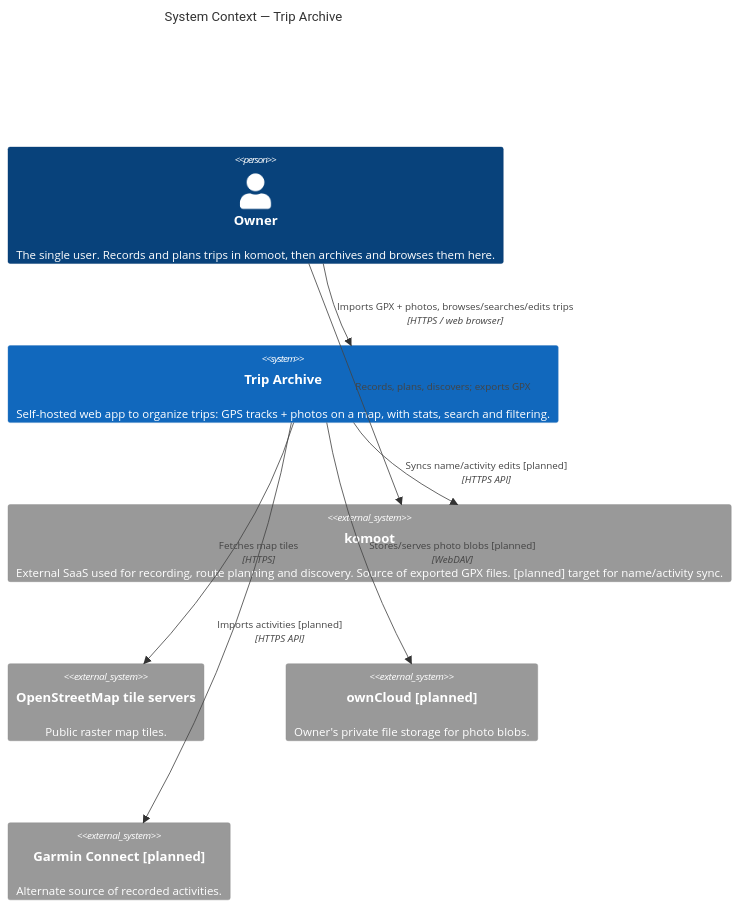
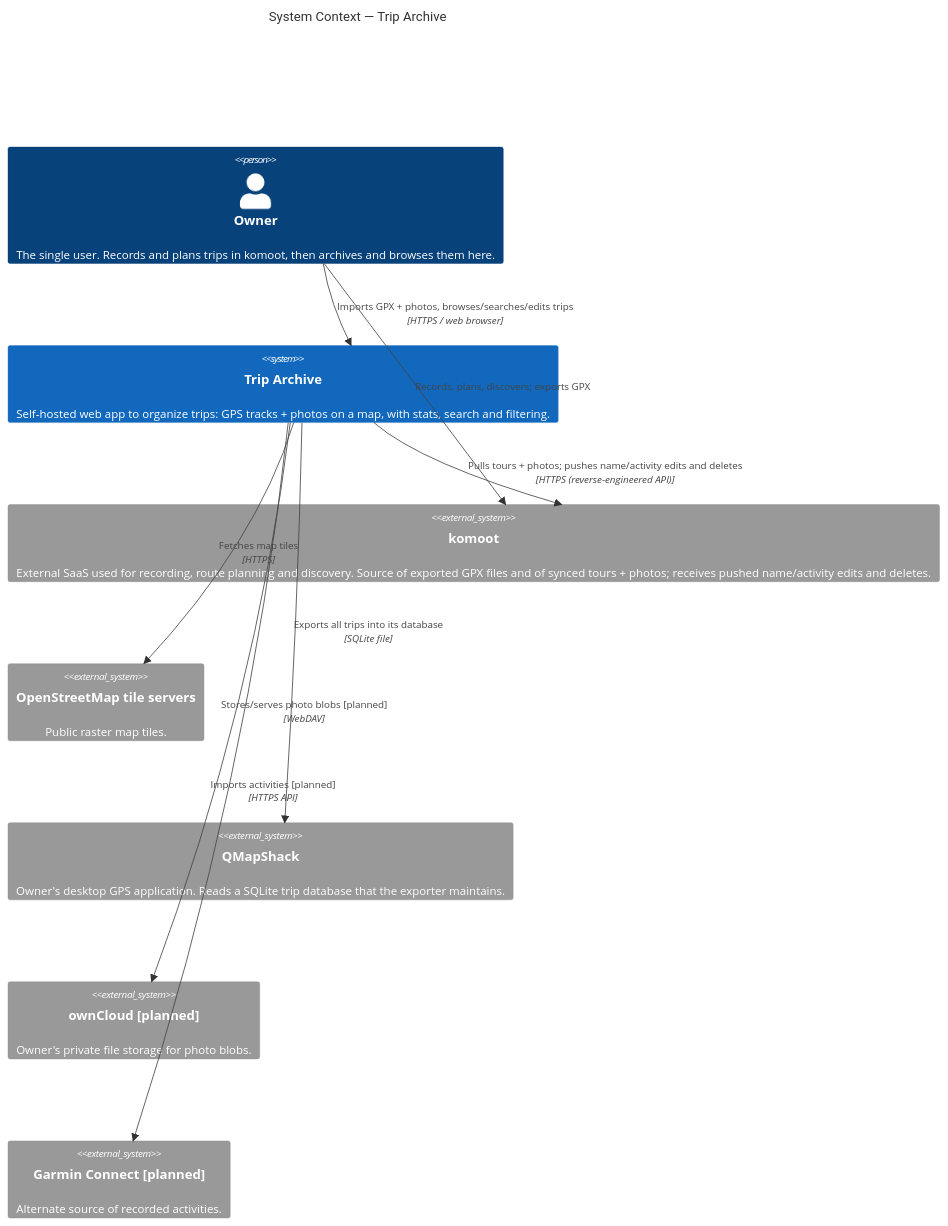
Before and after one commit to andreasholzner/gps-trips: the first of 4 diagrams in docs/architecture.md, drawn with Mermaid. The commit also changed other lines of this file and 6 other files, not shown here.

Commit message:
Fix findings from an architecture review

````diff
--- a/docs/architecture.md
+++ b/docs/architecture.md
@@ -19,22 +26,24 @@
 ```mermaid
 C4Context
     title System Context — Trip Archive
 
     Person(owner, "Owner", "The single user. Records and plans trips in komoot, then archives and browses them here.")
 
     System(tripArchive, "Trip Archive", "Self-hosted web app to organize trips: GPS tracks + photos on a map, with stats, search and filtering.")
 
-    System_Ext(komoot, "komoot", "External SaaS used for recording, route planning and discovery. Source of exported GPX files. [planned] target for name/activity sync.")
+    System_Ext(komoot, "komoot", "External SaaS used for recording, route planning and discovery. Source of exported GPX files and of synced tours + photos; receives pushed name/activity edits and deletes.")
     System_Ext(osm, "OpenStreetMap tile servers", "Public raster map tiles.")
+    System_Ext(qms, "QMapShack", "Owner's desktop GPS application. Reads a SQLite trip database that the exporter maintains.")
     System_Ext(owncloud, "ownCloud [planned]", "Owner's private file storage for photo blobs.")
     System_Ext(garmin, "Garmin Connect [planned]", "Alternate source of recorded activities.")
 
     Rel(owner, komoot, "Records, plans, discovers; exports GPX")
     Rel(owner, tripArchive, "Imports GPX + photos, browses/searches/edits trips", "HTTPS / web browser")
     Rel(tripArchive, osm, "Fetches map tiles", "HTTPS")
     Rel(tripArchive, owncloud, "Stores/serves photo blobs [planned]", "WebDAV")
     Rel(tripArchive, garmin, "Imports activities [planned]", "HTTPS API")
-    Rel(tripArchive, komoot, "Syncs name/activity edits [planned]", "HTTPS API")
+    Rel(tripArchive, komoot, "Pulls tours + photos; pushes name/activity edits and deletes", "HTTPS (reverse-engineered API)")
+    Rel(tripArchive, qms, "Exports all trips into its database", "SQLite file")
 
     UpdateLayoutConfig($c4ShapeInRow="2", $c4BoundaryInRow="1")
 ```
````
